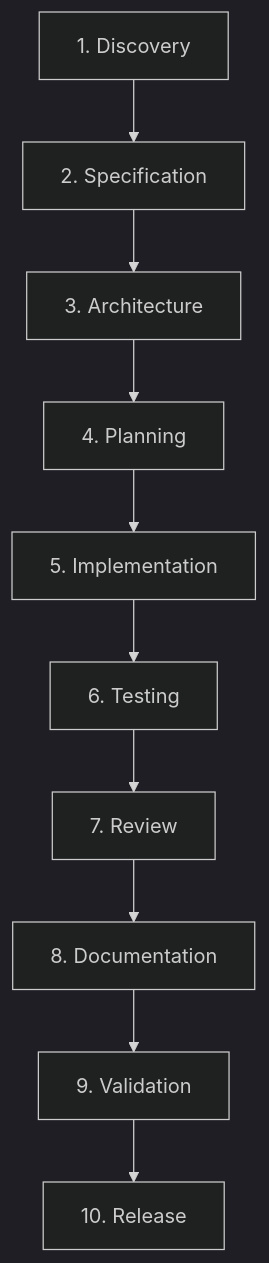
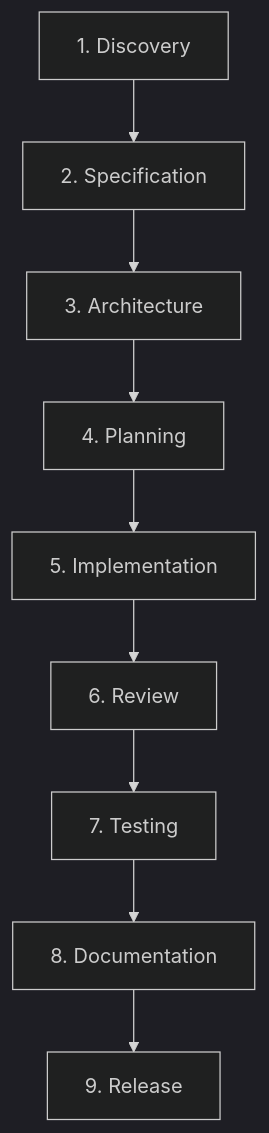
One commit to Defendi/harness changed the diagram in README.md. Above: the diagram before and after it, drawn with Mermaid (dark theme). The commit also changed other lines of this file and 48 other files, not shown here.

````diff
--- a/README.md
+++ b/README.md
@@ -87,12 +180,11 @@
 ```mermaid
 flowchart TD
     Discovery["1. Discovery"] --> Specification["2. Specification"]
     Specification --> Architecture["3. Architecture"]
     Architecture --> Planning["4. Planning"]
     Planning --> Implementation["5. Implementation"]
-    Implementation --> Testing["6. Testing"]
-    Testing --> Review["7. Review"]
-    Review --> Documentation["8. Documentation"]
-    Documentation --> Validation["9. Validation"]
-    Validation --> Release["10. Release"]
+    Implementation --> Review["6. Review"]
+    Review --> Testing["7. Testing"]
+    Testing --> Documentation["8. Documentation"]
+    Documentation --> Release["9. Release"]
 ```
````
